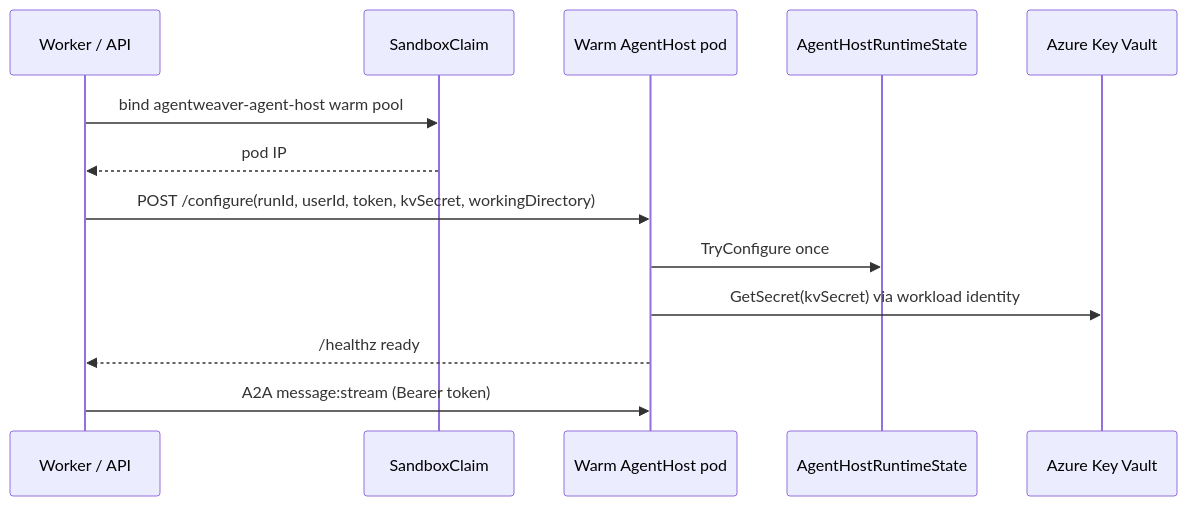
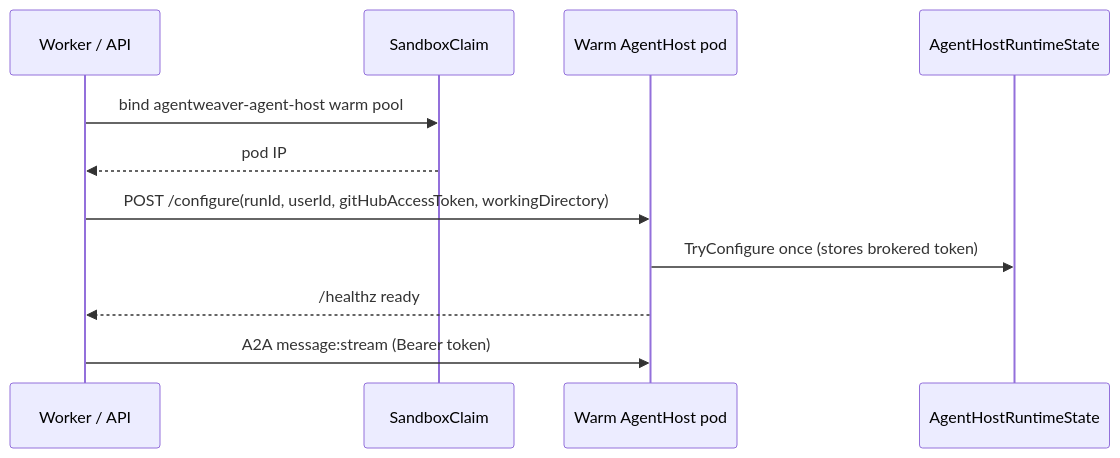
The first of 2 diagrams in docs/reference/sandbox-pods.md (sabbour/agentweaver), drawn with Mermaid before and after one commit. The commit also changed other lines of this file and 17 other files, not shown here.

````diff
--- a/docs/reference/sandbox-pods.md
+++ b/docs/reference/sandbox-pods.md
@@ -134,15 +134,13 @@
 ```mermaid
 sequenceDiagram
     participant Worker as Worker / API
     participant Claim as SandboxClaim
     participant Host as Warm AgentHost pod
     participant State as AgentHostRuntimeState
-    participant KV as Azure Key Vault
     Worker->>Claim: bind agentweaver-agent-host warm pool
     Claim-->>Worker: pod IP
-    Worker->>Host: POST /configure(runId, userId, token, kvSecret, workingDirectory)
-    Host->>State: TryConfigure once
-    Host->>KV: GetSecret(kvSecret) via workload identity
+    Worker->>Host: POST /configure(runId, userId, gitHubAccessToken, workingDirectory)
+    Host->>State: TryConfigure once (stores brokered token)
     Host-->>Worker: /healthz ready
     Worker->>Host: A2A message:stream (Bearer token)
 ```
````
